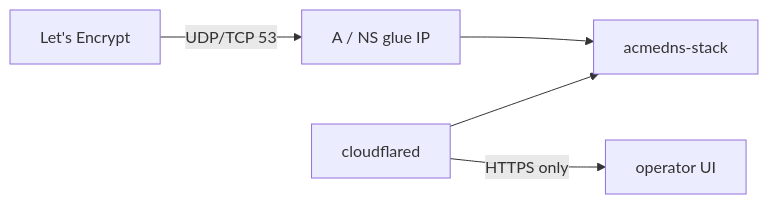
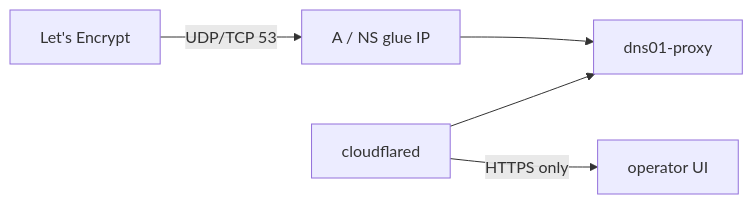
One commit to HariantoAtWork/dns01-proxy changed the first of 2 diagrams in blog/port-53-without-host-networking.md. Above: the diagram before and after it, drawn with Mermaid. The commit also changed other lines of this file and 485 other files, not shown here.

First line of the commit message:
Rename acmedns-stack to dns01-proxy and fix paths.

````diff
--- a/blog/port-53-without-host-networking.md
+++ b/blog/port-53-without-host-networking.md
@@ -17,7 +17,7 @@
 ```mermaid
 flowchart LR
   LE[Let's Encrypt] -->|UDP/TCP 53| Glue[A / NS glue IP]
   Tunnel[cloudflared] -->|HTTPS only| UI[operator UI]
-  Glue --> Stack[acmedns-stack]
+  Glue --> Stack[dns01-proxy]
   Tunnel --> Stack
 ```
````
